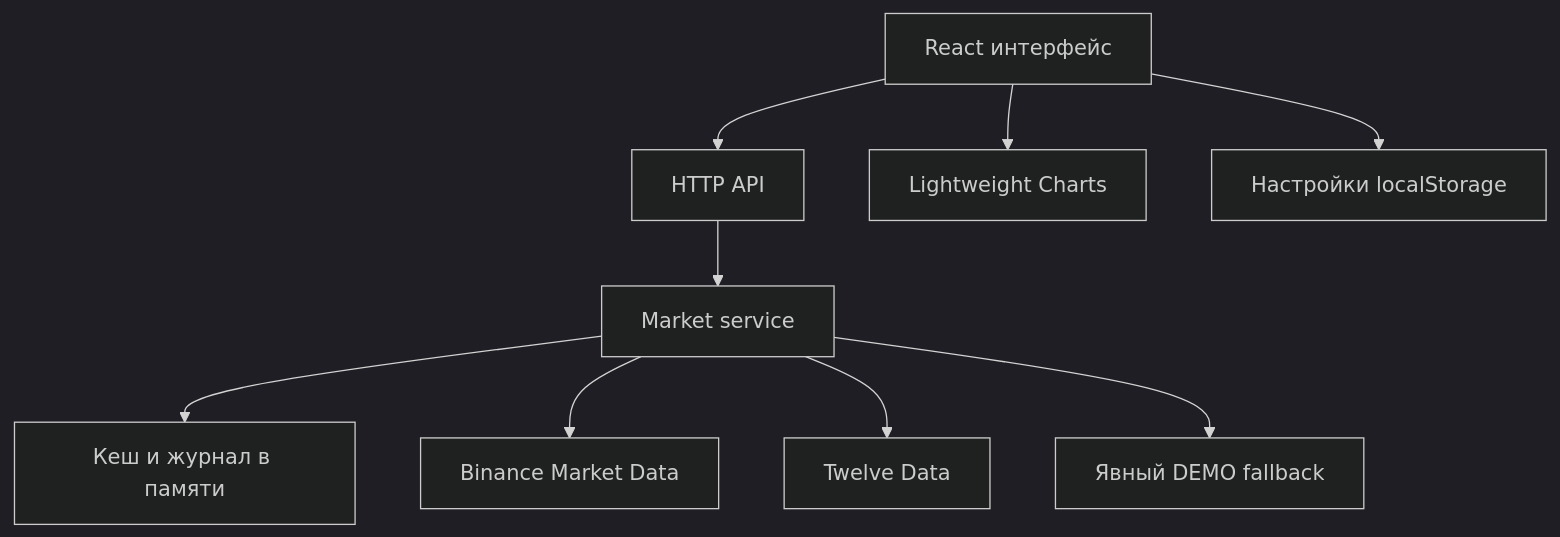
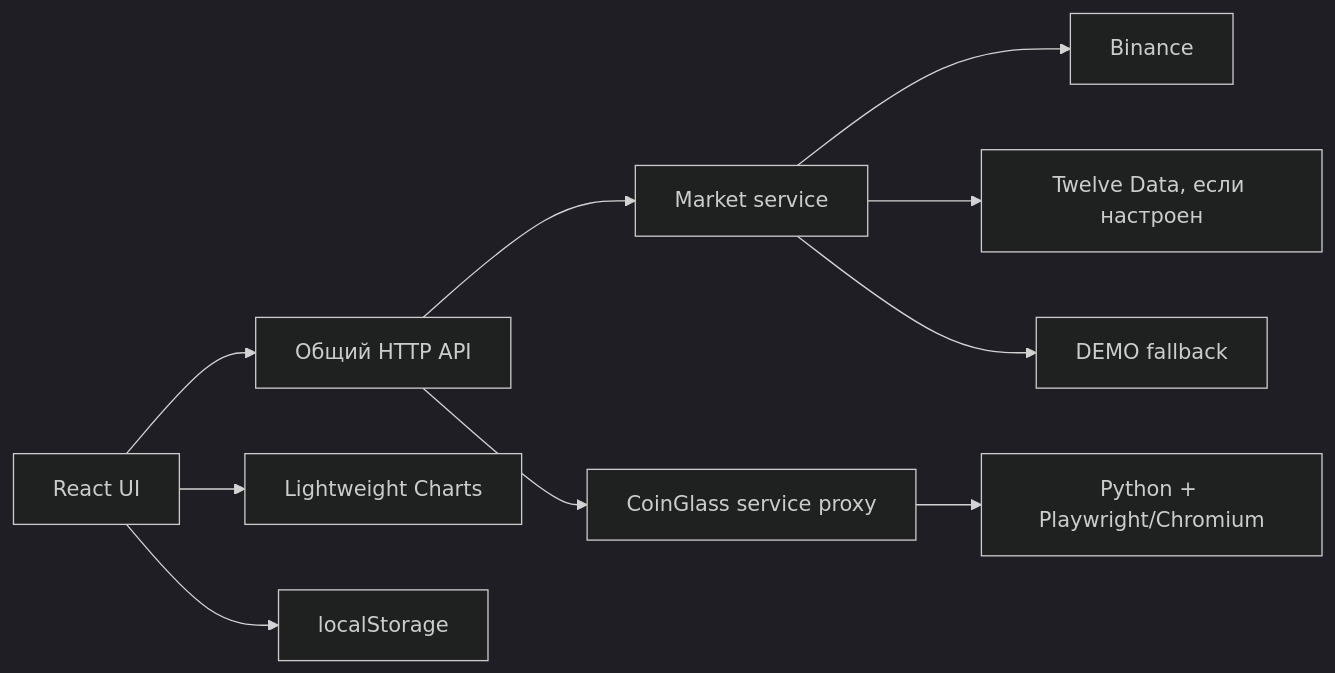
Before and after one commit to DmitryJbanov/TradingAPP: the diagram in docs/ARCHITECTURE.md, drawn with Mermaid (dark theme). The commit also changed other lines of this file and 23 other files, not shown here.

````diff
--- a/docs/ARCHITECTURE.md
+++ b/docs/ARCHITECTURE.md
@@ -9,11 +5,12 @@
 ```mermaid
-flowchart TD
-  UI[React интерфейс] --> API[HTTP API]
-  API --> Service[Market service]
-  Service --> Cache[Кеш и журнал в памяти]
-  Service --> Binance[Binance Market Data]
-  Service --> Twelve[Twelve Data]
-  Service --> Demo[Явный DEMO fallback]
+flowchart LR
+  UI[React UI] --> API[Общий HTTP API]
+  API --> Market[Market service]
+  Market --> Binance[Binance]
+  Market --> Twelve[Twelve Data, если настроен]
+  Market --> Demo[DEMO fallback]
+  API --> CG[CoinGlass service proxy]
+  CG --> Worker[Python + Playwright/Chromium]
   UI --> Chart[Lightweight Charts]
-  UI --> Local[Настройки localStorage]
+  UI --> Store[localStorage]
 ```
````
